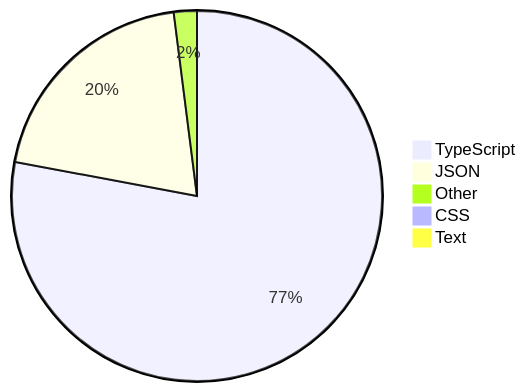
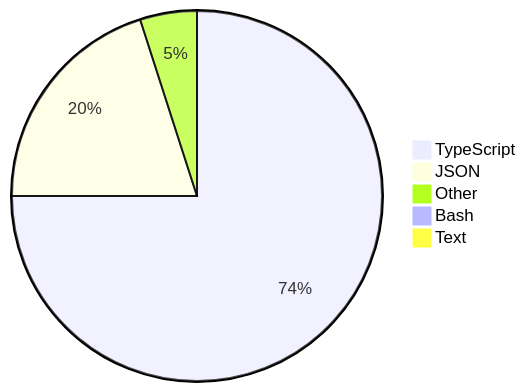
One commit to skvggor/skvggor changed the diagram in README.md. Above: the diagram before and after it, drawn with Mermaid.

Commit message:
Updated waka-readme graph with new metrics

````diff
--- a/README.md
+++ b/README.md
@@ -28,8 +28,8 @@
 ```mermaid
 pie
-    "TypeScript" : 77.4
-    "JSON" : 19.9
-    "Other" : 2.0
-    "CSS" : 0.4
-    "Text" : 0.3
+    "TypeScript" : 74.1
+    "JSON" : 19.8
+    "Other" : 4.9
+    "Bash" : 0.9
+    "Text" : 0.4
 ```
````
